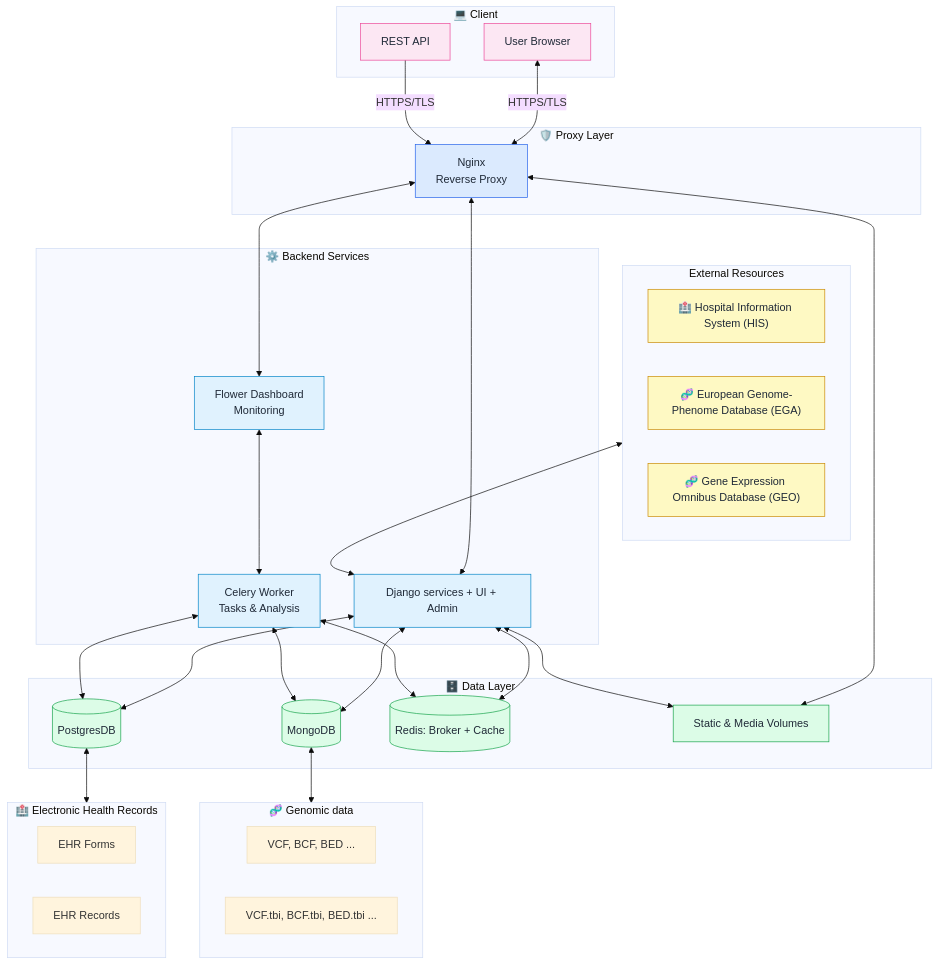
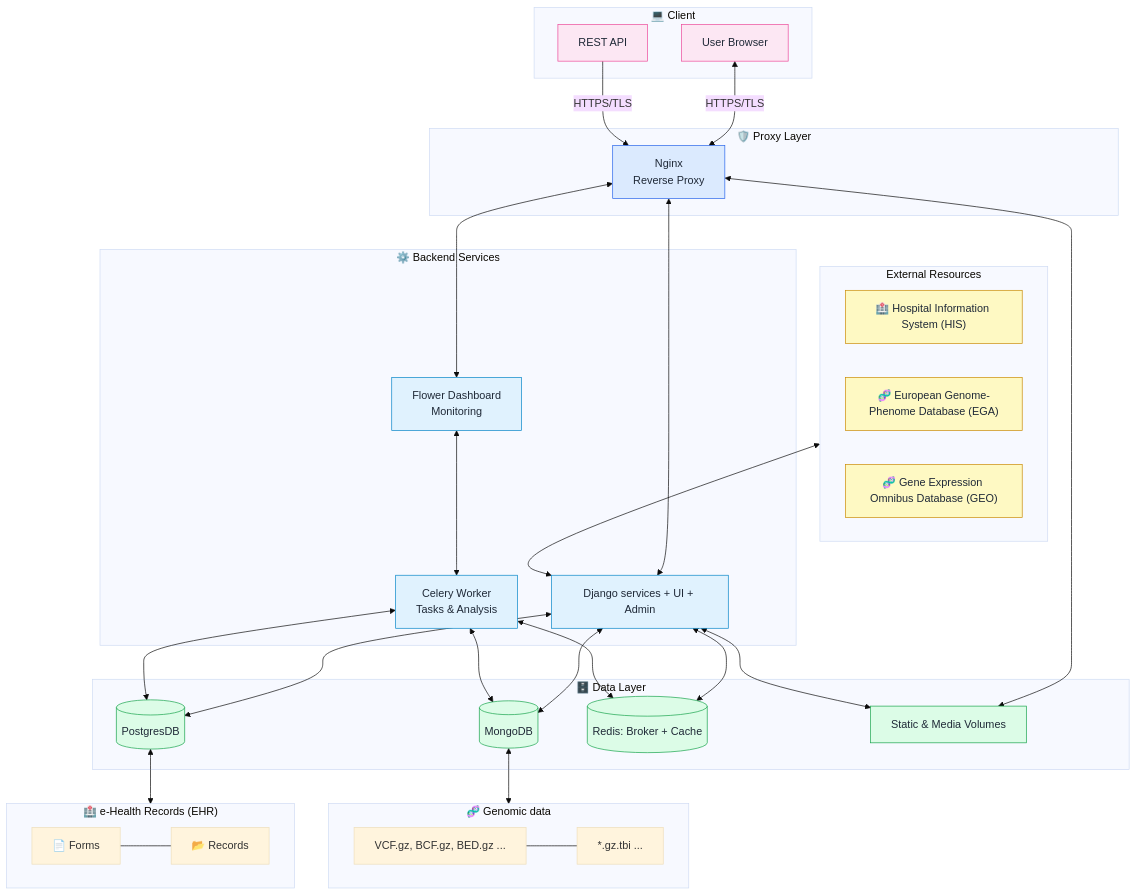
One commit to RCMC-PUM/ebdms changed the diagram in README.md. Above: the diagram before and after it, drawn with Mermaid (base theme).

Commit message:
Added flowchart

````diff
--- a/README.md
+++ b/README.md
@@ -3,82 +3,80 @@
 ```mermaid
 flowchart TD
     %% CLIENT
     subgraph Client["💻 Client"]
         Browser[User Browser]
         API[REST API]
     end
 
     %% PROXY
     subgraph ProxyLayer["🛡️ Proxy Layer"]
         Nginx[Nginx<br/>Reverse Proxy]
     end
 
     %% BACKEND
     subgraph Backend["⚙️ Backend Services"]
         App[Django services + UI + Admin]
         Celery[Celery Worker<br/>Tasks & Analysis]
         Flower[Flower Dashboard<br/>Monitoring]
     end
 
     %% DATA
     subgraph Data["🗄️ Data Layer"]
         DB[(PostgresDB)]
         Mongo[(MongoDB)]
         Redis[(Redis: Broker + Cache)]
         Media[Static & Media Volumes]
     end
 
     %% GENOMIC DATA
     subgraph Genomic["🧬 Genomic data"]
-        File["VCF, BCF, BED ..."]
-        Index["VCF.tbi, BCF.tbi, BED.tbi ..."]
+        File["VCF.gz, BCF.gz, BED.gz ..."] --- Index["*.gz.tbi ..."]
     end
 
     %% Electronic Health Record
-    subgraph EHR["🏥 Electronic Health Records"]
-        EHR-forms["EHR Forms"]
-        EHR-data["EHR Records"]
+    subgraph EHR["🏥 e-Health Records (EHR)"]
+        ehr_forms["📄 Forms"] --- ehr_records["📂 Records"]
     end
 
     %% EXTERNAL
     subgraph External["External Resources"]
         HIS-data["🏥 Hospital Information System (HIS)"]
         EGA-data["🧬 European Genome-Phenome Database (EGA)"]
         GEO-data["🧬 Gene Expression Omnibus Database (GEO)"]
     end
 
     %% FLOWS
     Browser <-- HTTPS/TLS --> Nginx
     API -- HTTPS/TLS --> Nginx
     Nginx <--> App
     Nginx <--> Flower
     Nginx <--> Media
 
     App <--> DB
     App <--> Mongo
     App <--> Redis
     App <--> Media
 
     Celery <--> Redis
     Celery <--> DB
     Celery <--> Mongo
     Flower <--> Celery
 
     Mongo <--> Genomic
     External <--> App
     DB <--> EHR
 
     %% STYLES (placed at bottom so parser is happy)
     classDef client fill:#FCE7F3,stroke:#EC4899,color:#1F2937,stroke-width:1px;
     classDef proxy fill:#DBEAFE,stroke:#2563EB,color:#1F2937,stroke-width:1px;
     classDef backend fill:#E0F2FE,stroke:#0284C7,color:#1F2937,stroke-width:1px;
     classDef data fill:#DCFCE7,stroke:#16A34A,color:#1F2937,stroke-width:1px;
     classDef external fill:#FEF9C3,stroke:#CA8A04,color:#1F2937,stroke-width:1px;
 
     class Browser,API client
     class Nginx proxy
     class App,Celery,Flower backend
     class DB,Mongo,Redis,Media data
     class HIS-data,EGA-data,GEO-data,EBI-data,ERP-data,MSigDB-data, external
 
 ```
````
